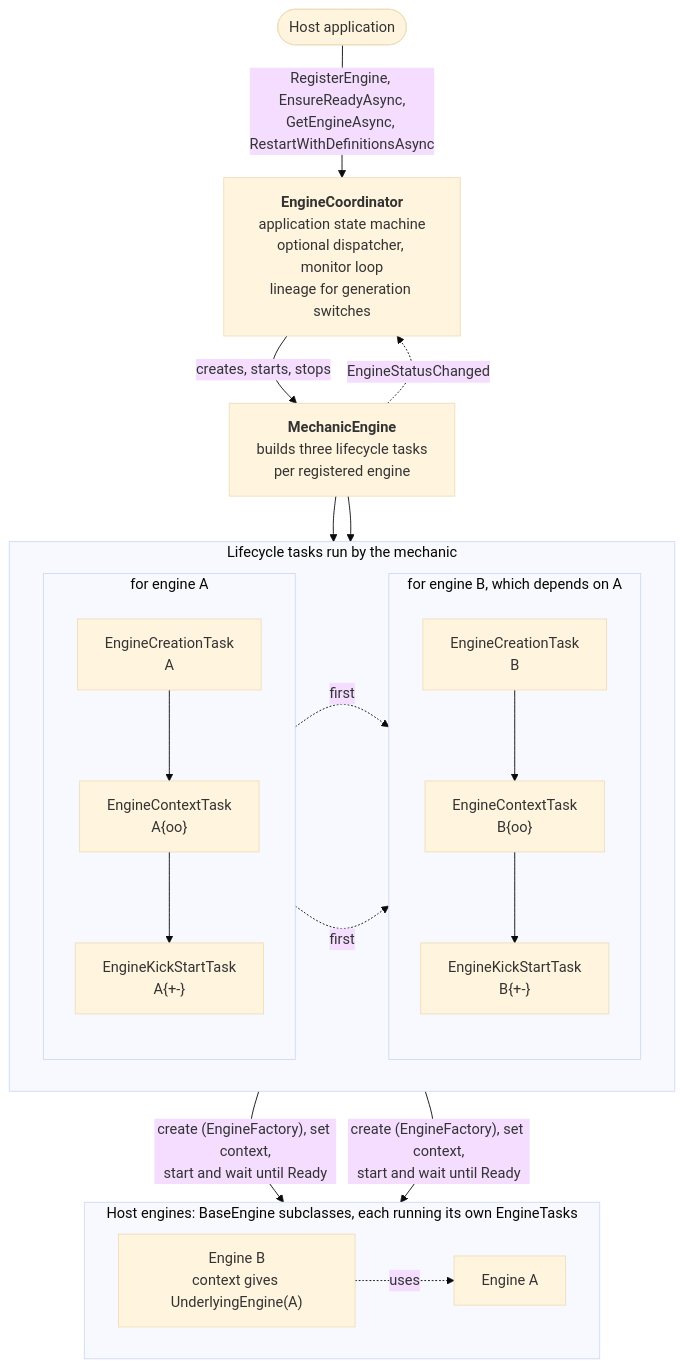
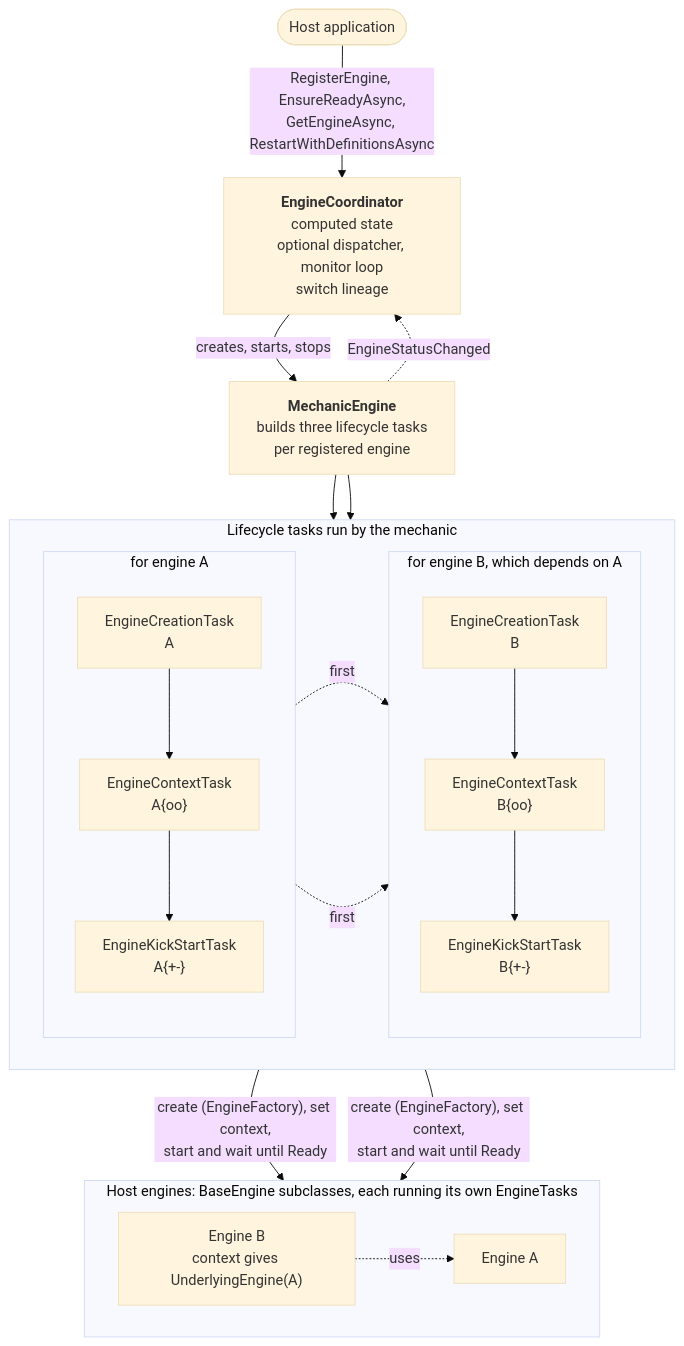
The first of 3 diagrams in docs/Overview.md (KenKor/OrchestrationEngines), drawn with Mermaid (base theme) before and after one commit. The commit also changed other lines of this file and 5 other files, not shown here.

````diff
--- a/docs/Overview.md
+++ b/docs/Overview.md
@@ -32,37 +32,37 @@
 ```mermaid
 flowchart TB
     Host(["Host application"])
 
-    Coordinator["<b>EngineCoordinator</b><br/>application state machine<br/>optional dispatcher, monitor loop<br/>lineage for generation switches"]
+    Coordinator["<b>EngineCoordinator</b><br/>computed state<br/>optional dispatcher, monitor loop<br/>switch lineage"]
 
     MechanicNode["<b>MechanicEngine</b><br/>builds three lifecycle tasks<br/>per registered engine"]
 
     subgraph Mechanic["Lifecycle tasks run by the mechanic"]
         direction LR
         subgraph TasksA["for engine A"]
             direction TB
             CreateA["EngineCreationTask<br/>A"] --> ContextA["EngineContextTask<br/>A{oo}"] --> KickA["EngineKickStartTask<br/>A{+-}"]
         end
         subgraph TasksB["for engine B, which depends on A"]
             direction TB
             CreateB["EngineCreationTask<br/>B"] --> ContextB["EngineContextTask<br/>B{oo}"] --> KickB["EngineKickStartTask<br/>B{+-}"]
         end
         ContextA -. "first" .-> ContextB
         KickA -. "first" .-> KickB
     end
 
     subgraph Engines["Host engines: BaseEngine subclasses, each running its own EngineTasks"]
         direction LR
         EngineA["Engine A"]
         EngineB["Engine B<br/>context gives UnderlyingEngine(A)"]
     end
 
     Host -- "RegisterEngine, EnsureReadyAsync,<br/>GetEngineAsync, RestartWithDefinitionsAsync" --> Coordinator
     Coordinator -- "creates, starts, stops" --> MechanicNode
     MechanicNode -. "EngineStatusChanged" .-> Coordinator
     MechanicNode --> CreateA
     MechanicNode --> CreateB
     TasksA -- "create (EngineFactory), set context,<br/>start and wait until Ready" --> EngineA
     TasksB -- "create (EngineFactory), set context,<br/>start and wait until Ready" --> EngineB
     EngineB -. "uses" .-> EngineA
 ```
````
